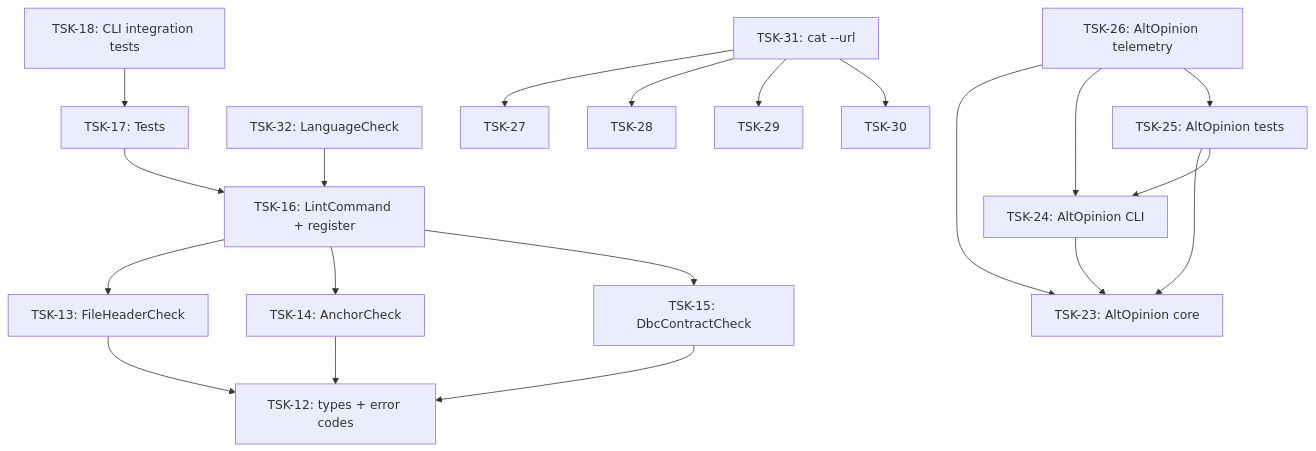
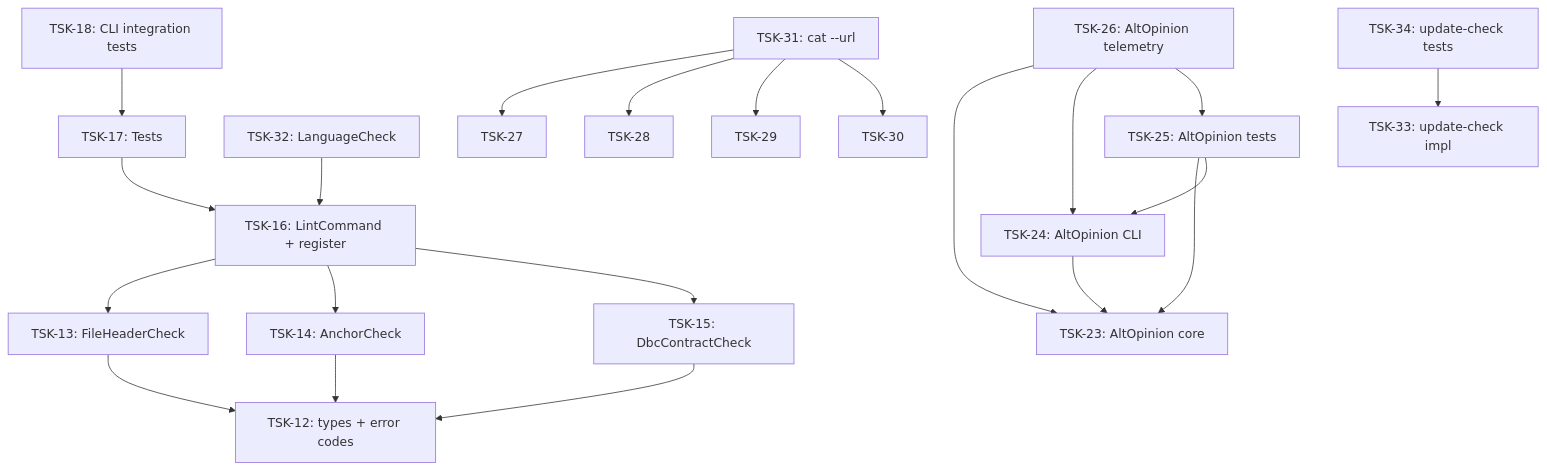
Before and after one commit to RubaXa/gennady: the diagram in tasks/cli/README.md, drawn with Mermaid. The commit also changed other lines of this file and 6 other files, not shown here.

````diff
--- a/tasks/cli/README.md
+++ b/tasks/cli/README.md
@@ -29,35 +31,38 @@
 ```mermaid
 graph TD
     TSK-12[TSK-12: types + error codes]
     TSK-13[TSK-13: FileHeaderCheck]
     TSK-14[TSK-14: AnchorCheck]
     TSK-15[TSK-15: DbcContractCheck]
     TSK-16[TSK-16: LintCommand + register]
     TSK-17[TSK-17: Tests]
     TSK-13 --> TSK-12
     TSK-14 --> TSK-12
     TSK-15 --> TSK-12
     TSK-16 --> TSK-13
     TSK-16 --> TSK-14
     TSK-16 --> TSK-15
     TSK-17 --> TSK-16
     TSK-18[TSK-18: CLI integration tests]
     TSK-18 --> TSK-17
     TSK-32[TSK-32: LanguageCheck]
     TSK-32 --> TSK-16
     TSK-23[TSK-23: AltOpinion core]
     TSK-24[TSK-24: AltOpinion CLI]
     TSK-25[TSK-25: AltOpinion tests]
     TSK-24 --> TSK-23
     TSK-25 --> TSK-23
     TSK-25 --> TSK-24
     TSK-26[TSK-26: AltOpinion telemetry]
     TSK-26 --> TSK-23
     TSK-26 --> TSK-24
     TSK-26 --> TSK-25
     TSK-31[TSK-31: cat --url]
     TSK-31 --> TSK-27
     TSK-31 --> TSK-28
     TSK-31 --> TSK-29
     TSK-31 --> TSK-30
+    TSK-33[TSK-33: update-check impl]
+    TSK-34[TSK-34: update-check tests]
+    TSK-34 --> TSK-33
 ```
````
